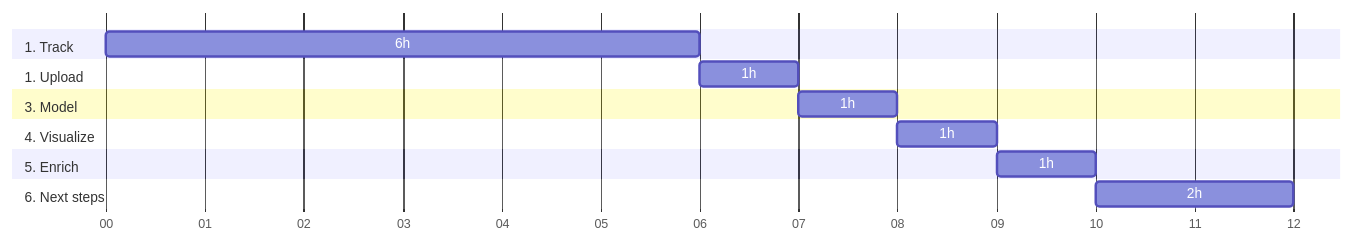
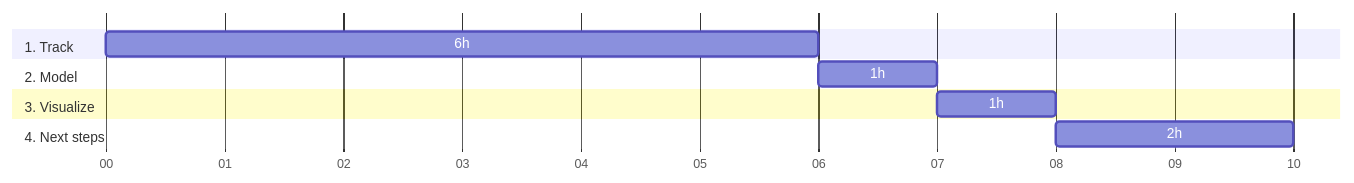
The diagram in content/_index.md (snowplow/snowplow-ecommerce-tracking-accelerator), drawn with Mermaid before and after one commit. The commit also changed other lines of this file, not shown here.

Commit message:
Fix tip and correct Gantt chart

```diff
--- a/content/_index.md
+++ b/content/_index.md
@@ -50,18 +45,14 @@
 {{<mermaid>}}
 gantt
 dateFormat HH-mm
 axisFormat %M
 section 1. Track
 6h :track, 00-00, 6m
-section 1. Upload
-1h :upload, after track, 1m
-section 3. Model
-1h :model, after upload, 1m
-section 4. Visualize
+section 2. Model
+1h :model, after track, 1m
+section 3. Visualize
 1h :visualize, after model, 1m
-section 5. Enrich
-1h :enrich, after visualize, 1m
-section 6. Next steps
-2h :next steps, after enrich, 2m
+section 4. Next steps
+2h :next steps, after visualize, 2m
 
 {{</mermaid >}}
```
